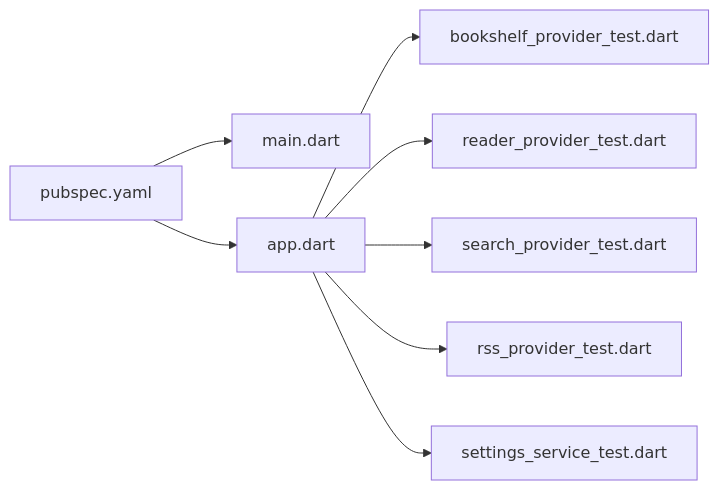
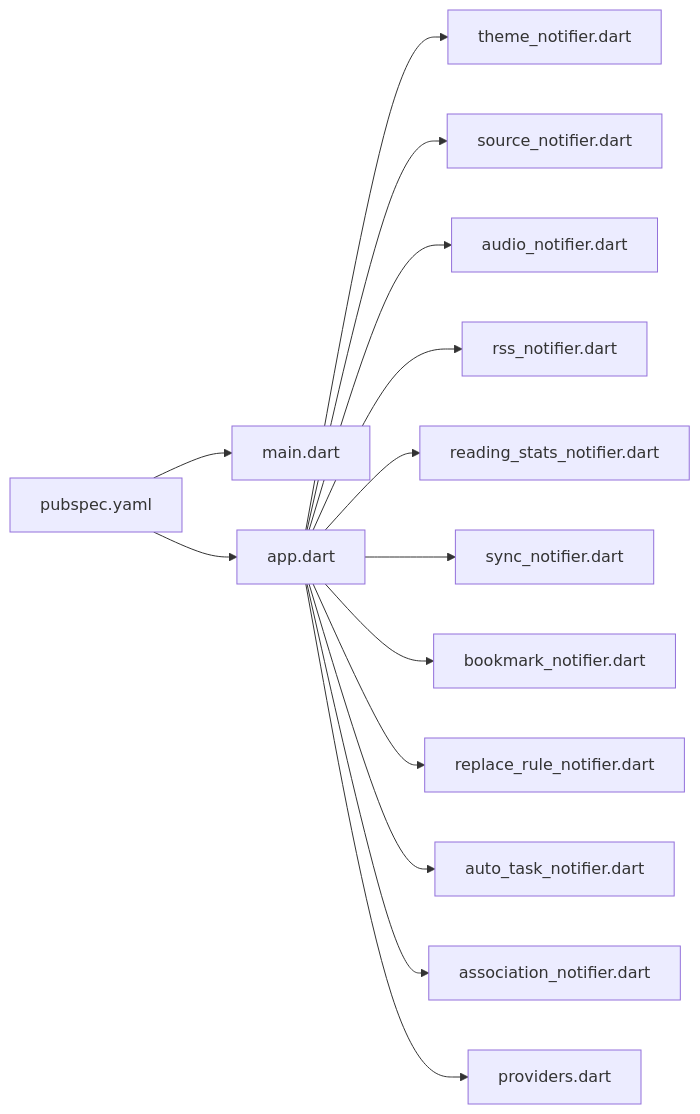
The eighth of 8 diagrams in .qoder/repowiki/zh/content/Flutter跨平台应用/状态管理/Provider基础概念.md (ZhangGHGitHub/LegadoTeamFlutter), drawn with Mermaid before and after one commit. The commit also changed other lines of this file and 173 other files, not shown here.

````diff
--- a/.qoder/repowiki/zh/content/Flutter跨平台应用/状态管理/Provider基础概念.md
+++ b/.qoder/repowiki/zh/content/Flutter跨平台应用/状态管理/Provider基础概念.md
@@ -237,10 +317,16 @@
 ```mermaid
 graph LR
 P["pubspec.yaml"] --> M["main.dart"]
 P --> A["app.dart"]
-A --> T1["bookshelf_provider_test.dart"]
-A --> T2["reader_provider_test.dart"]
-A --> T3["search_provider_test.dart"]
-A --> T4["rss_provider_test.dart"]
-A --> T5["settings_service_test.dart"]
+A --> T1["theme_notifier.dart"]
+A --> T2["source_notifier.dart"]
+A --> T3["audio_notifier.dart"]
+A --> T4["rss_notifier.dart"]
+A --> T5["reading_stats_notifier.dart"]
+A --> T6["sync_notifier.dart"]
+A --> T7["bookmark_notifier.dart"]
+A --> T8["replace_rule_notifier.dart"]
+A --> T9["auto_task_notifier.dart"]
+A --> T10["association_notifier.dart"]
+A --> D["providers.dart"]
 ```
````
